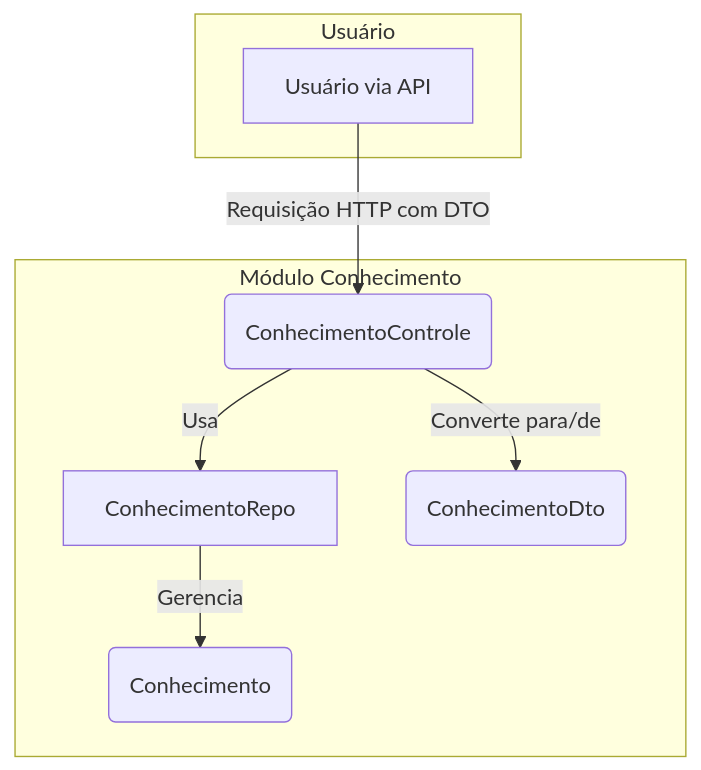
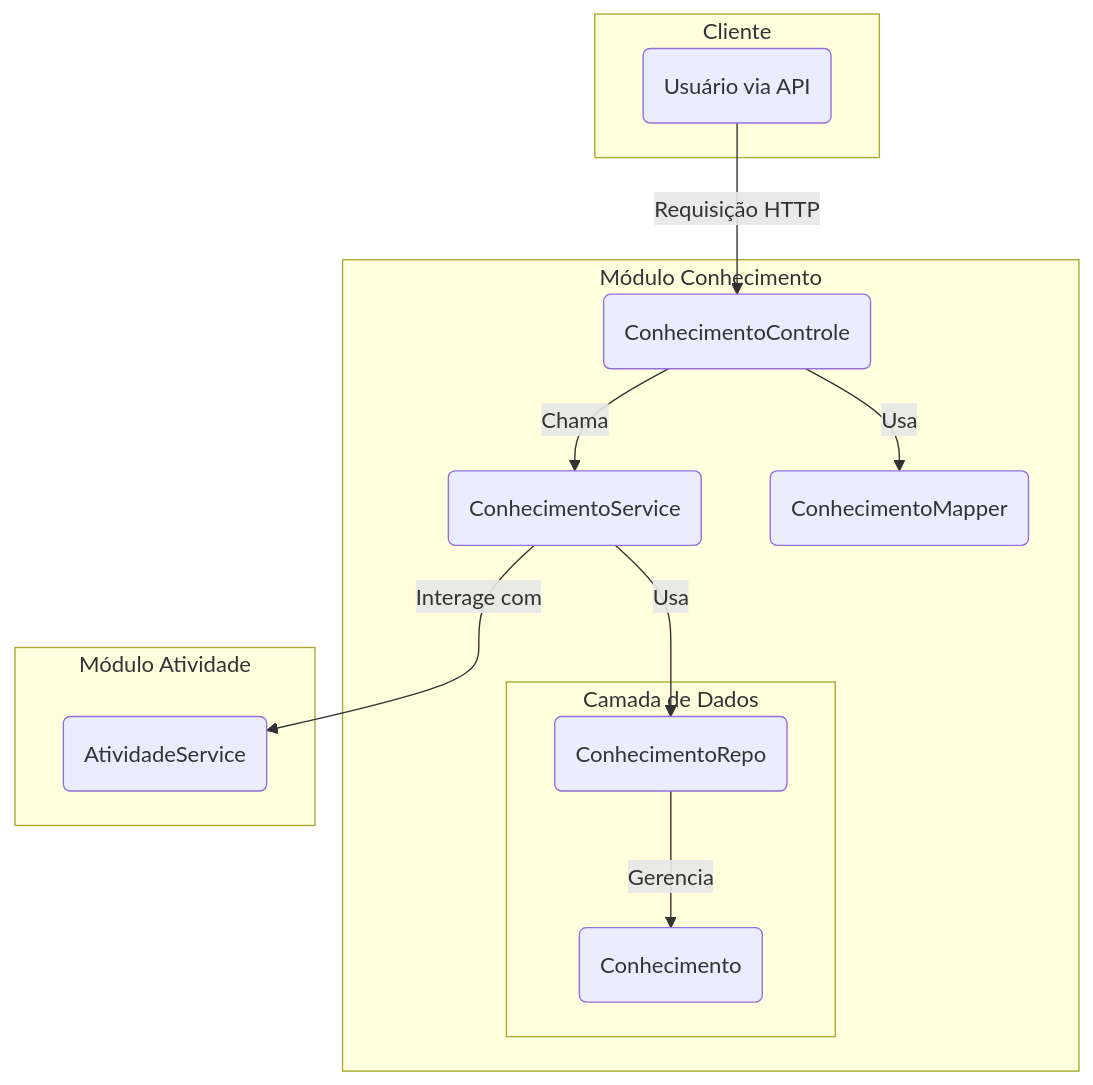
Before and after one commit to lgalvao/sgc: the diagram in backend/src/main/java/sgc/conhecimento/README.md, drawn with Mermaid. The commit also changed other lines of this file and 23 other files, not shown here.

First line of the commit message:
docs: Update all backend READMEs and add Mermaid diagrams

````diff
--- a/backend/src/main/java/sgc/conhecimento/README.md
+++ b/backend/src/main/java/sgc/conhecimento/README.md
@@ -35,18 +18,29 @@
 ```mermaid
 graph TD
-    subgraph "Usuário"
-        A[Usuário via API]
+    subgraph "Cliente"
+        UsuarioAPI(Usuário via API)
     end
 
     subgraph "Módulo Conhecimento"
-        B(ConhecimentoControle)
-        C[ConhecimentoRepo]
-        D(Conhecimento)
-        E(ConhecimentoDto)
+        ConhecimentoControle(ConhecimentoControle)
+        ConhecimentoService(ConhecimentoService)
+        ConhecimentoMapper(ConhecimentoMapper)
+
+        subgraph "Camada de Dados"
+            ConhecimentoRepo(ConhecimentoRepo)
+            Conhecimento(Conhecimento)
+        end
     end
 
-    A -- Requisição HTTP com DTO --> B
-    B -- Usa --> C
-    C -- Gerencia --> D
-    B -- Converte para/de --> E
+    subgraph "Módulo Atividade"
+        AtividadeService(AtividadeService)
+    end
+
+    UsuarioAPI -- Requisição HTTP --> ConhecimentoControle
+    ConhecimentoControle -- Chama --> ConhecimentoService
+    ConhecimentoControle -- Usa --> ConhecimentoMapper
+
+    ConhecimentoService -- Usa --> ConhecimentoRepo
+    ConhecimentoService -- Interage com --> AtividadeService
+    ConhecimentoRepo -- Gerencia --> Conhecimento
 ```
````
